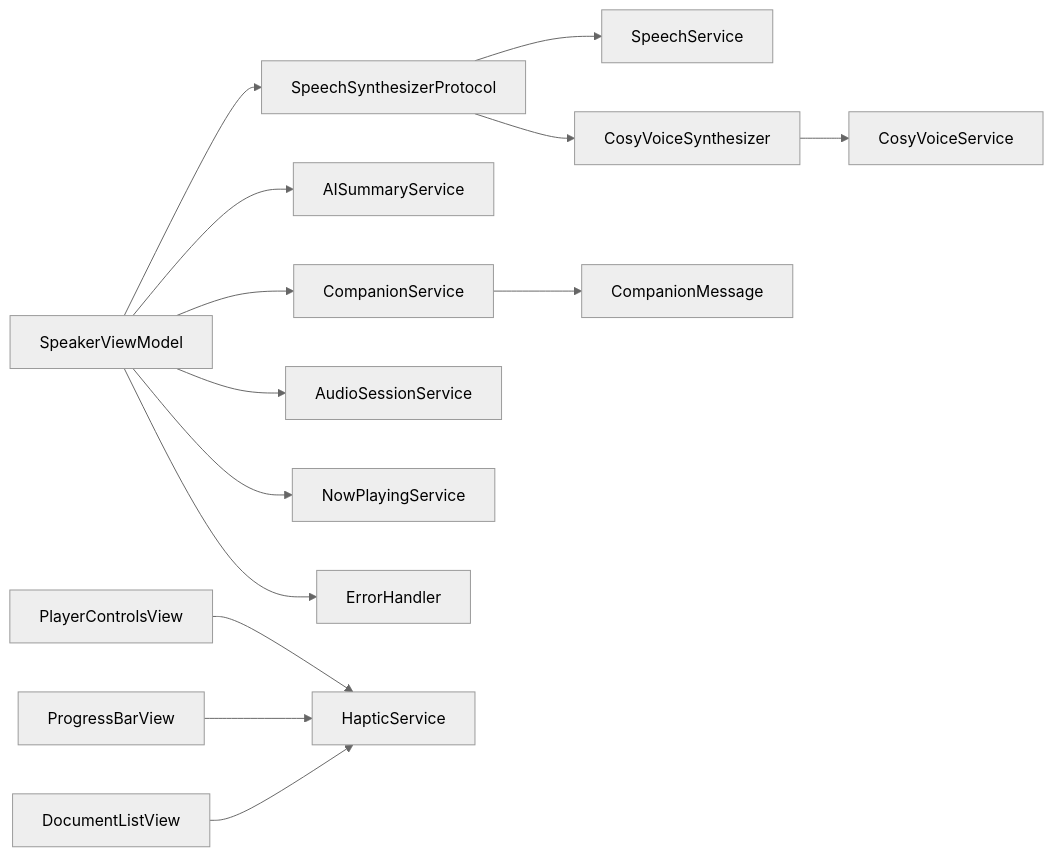
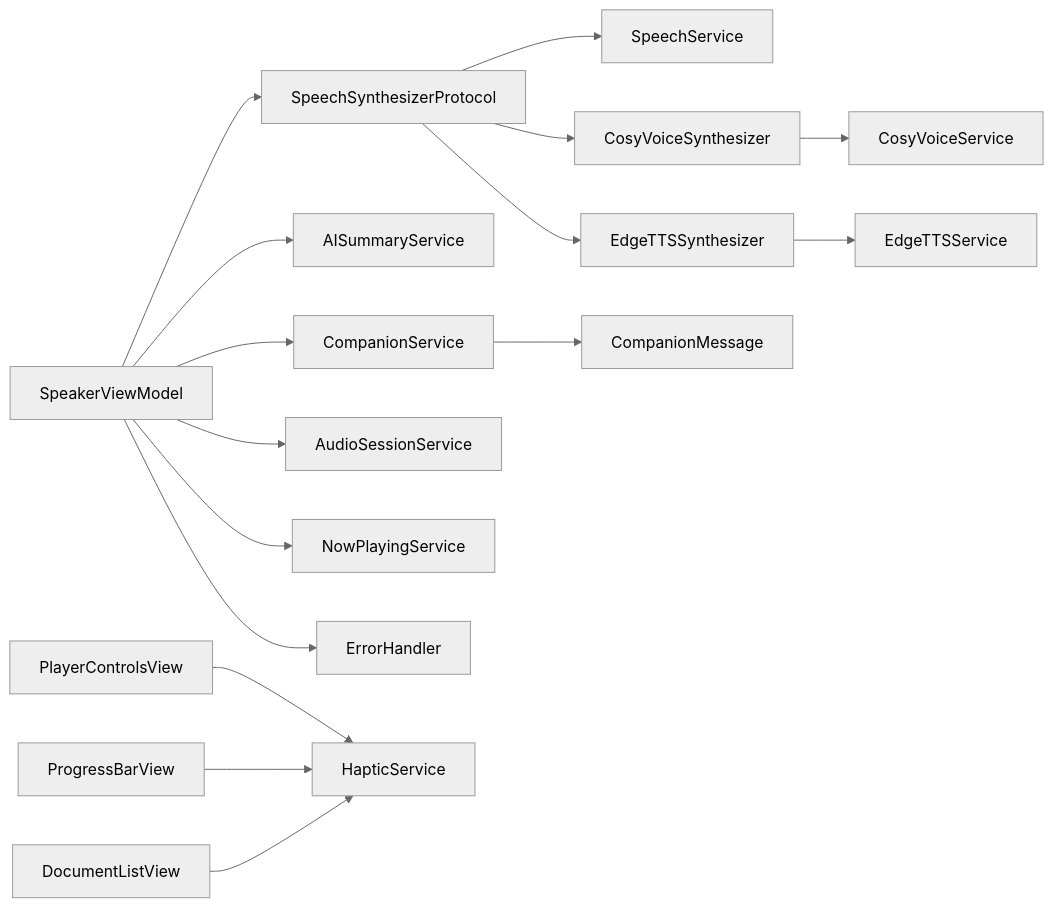
The tenth of 10 diagrams in .qoder/repowiki/zh/content/架构设计/服务层设计/服务层设计.md (Primoguo/VoiceReader), drawn with Mermaid (neutral theme) before and after one commit. The commit also changed other lines of this file and 29 other files, not shown here.

````diff
--- a/.qoder/repowiki/zh/content/架构设计/服务层设计/服务层设计.md
+++ b/.qoder/repowiki/zh/content/架构设计/服务层设计/服务层设计.md
@@ -526,16 +632,18 @@
 ```mermaid
 graph LR
 VM["SpeakerViewModel"] --> P["SpeechSynthesizerProtocol"]
 P --> S["SpeechService"]
 P --> CS["CosyVoiceSynthesizer"]
+P --> ETS["EdgeTTSSynthesizer"]
 CS --> CV["CosyVoiceService"]
+ETS --> EES["EdgeTTSService"]
 VM --> AIS["AISummaryService"]
 VM --> COMP["CompanionService"]
 VM --> AS["AudioSessionService"]
 VM --> NP["NowPlayingService"]
 VM --> EH["ErrorHandler"]
 PCV["PlayerControlsView"] --> HS["HapticService"]
 PBV["ProgressBarView"] --> HS
 DLV["DocumentListView"] --> HS
 COMP --> CM["CompanionMessage"]
 ```
````
